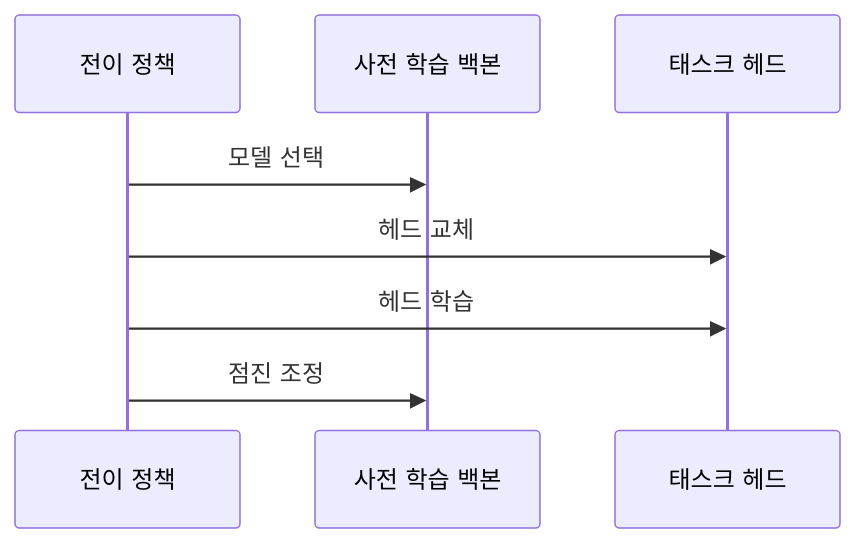
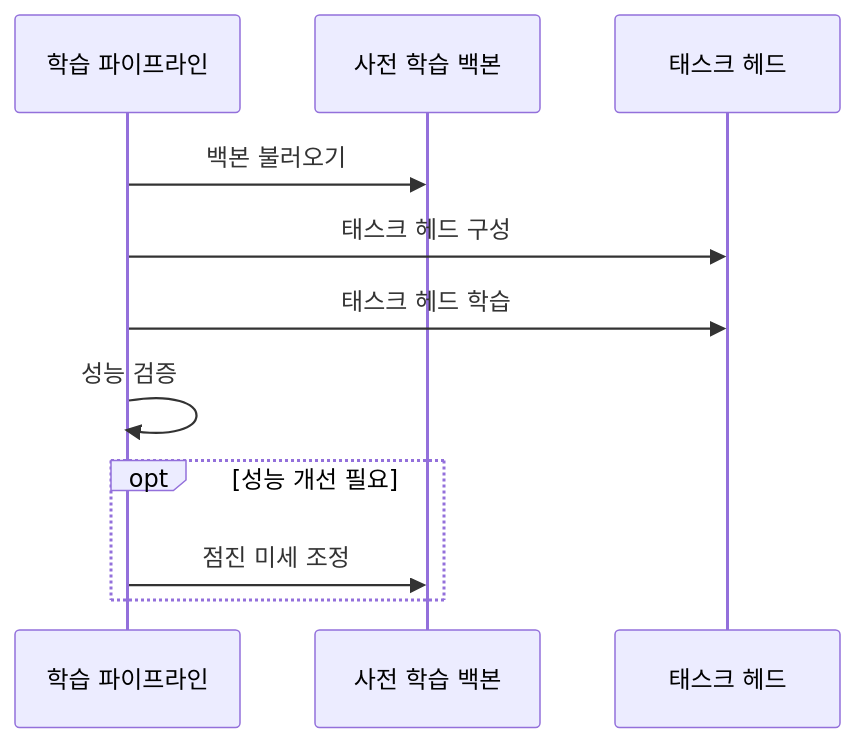
Before and after one commit to agnusdei1207/knowledge-base: the second of 2 diagrams in src/content/docs/notes/01-basic-theory/047_transfer_learning.md, drawn with Mermaid. The commit also changed other lines of this file and 6 other files, not shown here.

````diff
--- a/src/content/docs/notes/01-basic-theory/047_transfer_learning.md
+++ b/src/content/docs/notes/01-basic-theory/047_transfer_learning.md
@@ -80,10 +82,13 @@
 ```mermaid
 sequenceDiagram
-    participant P as 전이 정책
+    participant T as 학습 파이프라인
     participant B as 사전 학습 백본
     participant H as 태스크 헤드
-    P->>B: 모델 선택
-    P->>H: 헤드 교체
-    P->>H: 헤드 학습
-    P->>B: 점진 조정
+    T->>B: 백본 불러오기
+    T->>H: 태스크 헤드 구성
+    T->>H: 태스크 헤드 학습
+    T->>T: 성능 검증
+    opt 성능 개선 필요
+        T->>B: 점진 미세 조정
+    end
 ```
````
